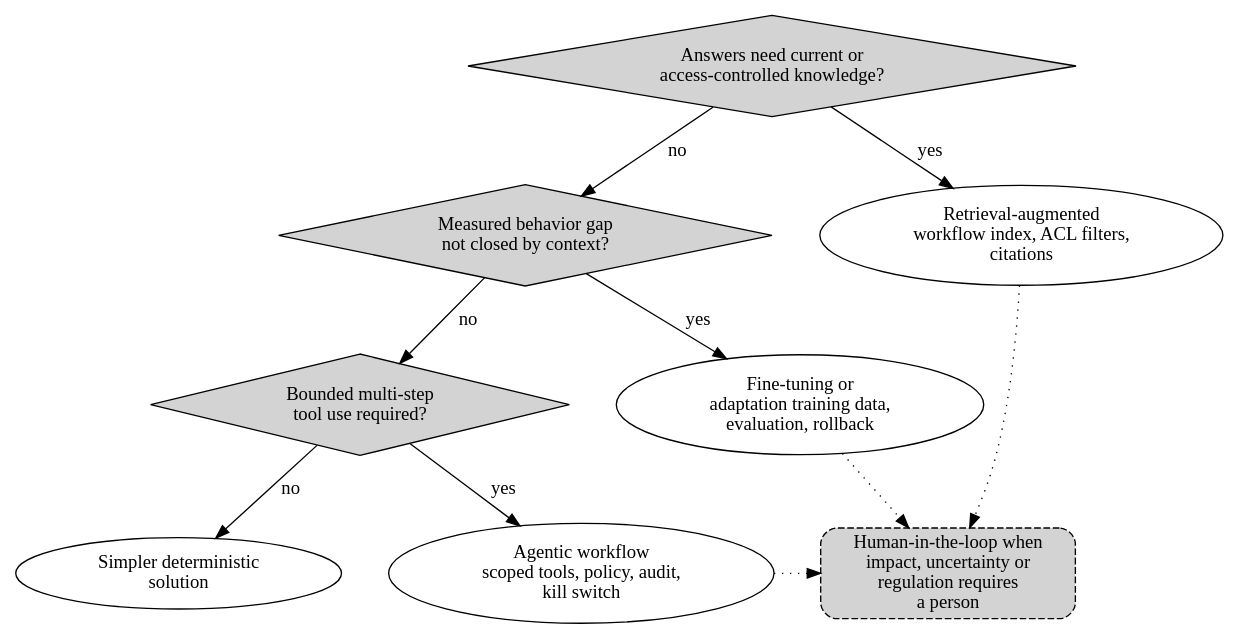
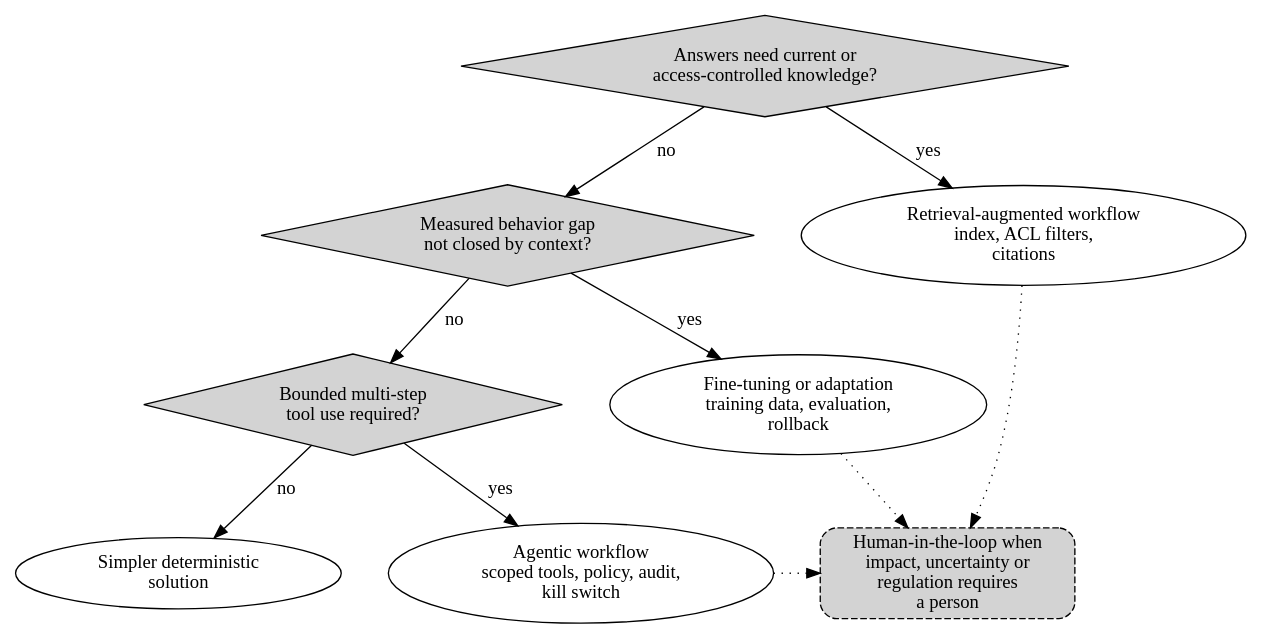
Before and after one commit to cesarcastrocuba/handbook-solutions-architecture: the diagram in assets/diagrams/src/ch16-patterns.dot, drawn with Graphviz. The commit also changed 4 other files, not shown here.

First line of the commit message:
diagrams(figures): restore the ch16-patterns name wraps

```diff
--- a/assets/diagrams/src/ch16-patterns.dot
+++ b/assets/diagrams/src/ch16-patterns.dot
@@ -1,22 +1,22 @@
 digraph G { 
 
  rankdir=TB;
  q1 [label="Answers need current or\naccess-controlled knowledge?", shape=diamond, style="filled"];
- rag [label="Retrieval-augmented\nworkflow index, ACL filters,\ncitations"];
+ rag [label="Retrieval-augmented workflow\nindex, ACL filters,\ncitations"];
  q2 [label="Measured behavior gap\nnot closed by context?", shape=diamond, style="filled"];
- ft [label="Fine-tuning or\nadaptation training data,\nevaluation, rollback"];
+ ft [label="Fine-tuning or adaptation\ntraining data, evaluation,\nrollback"];
  q3 [label="Bounded multi-step\ntool use required?", shape=diamond, style="filled"];
  ag [label="Agentic workflow\nscoped tools, policy, audit,\nkill switch"];
  det [label="Simpler deterministic\nsolution"];
  hitl [label="Human-in-the-loop when\nimpact, uncertainty or\nregulation requires\na person", shape=box, style="rounded,filled,dashed"];
  q1->rag [label=" yes"]; q1->q2 [label=" no"];
  q2->ft [label=" yes"]; q2->q3 [label=" no"];
  q3->ag [label=" yes"]; q3->det [label=" no"];
  rag->hitl [style=dotted]; ft->hitl [style=dotted]; ag->hitl [style=dotted];
  {rank=same; q2; rag}
  q2 -> rag [style=invis];
  {rank=same; q3; ft}
  q3 -> ft [style=invis];
  {rank=same; det; ag; hitl}
  det -> ag [style=invis];
 }
```
